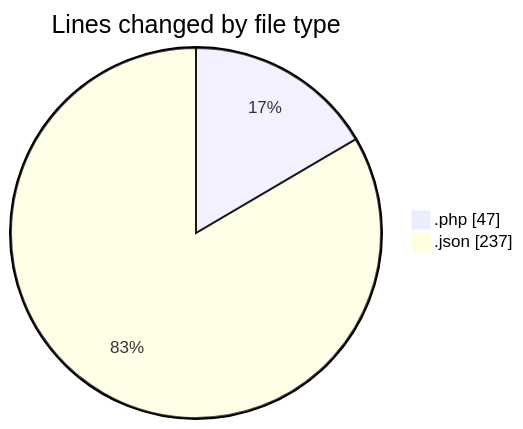
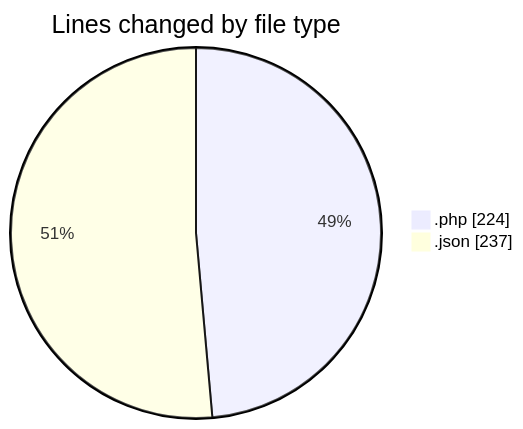
One commit to idhammustaqopulfikri/code-tracking changed the first of 2 diagrams in 2025-06-13/studio-backend/README.md. Above: the diagram before and after it, drawn with Mermaid. The commit also changed other lines of this file and 1 other file, not shown here.

````diff
--- a/2025-06-13/studio-backend/README.md
+++ b/2025-06-13/studio-backend/README.md
@@ -21,6 +22,6 @@
 ```mermaid
 pie showData
 title Lines changed by file type
-".php" : 47
+".php" : 224
 ".json" : 237
 ```
````
